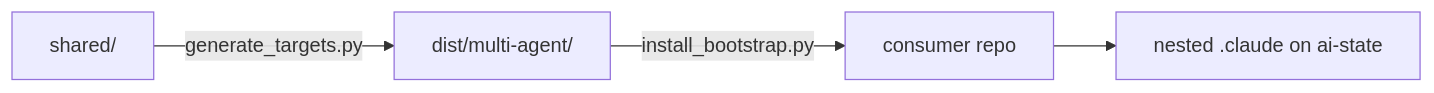
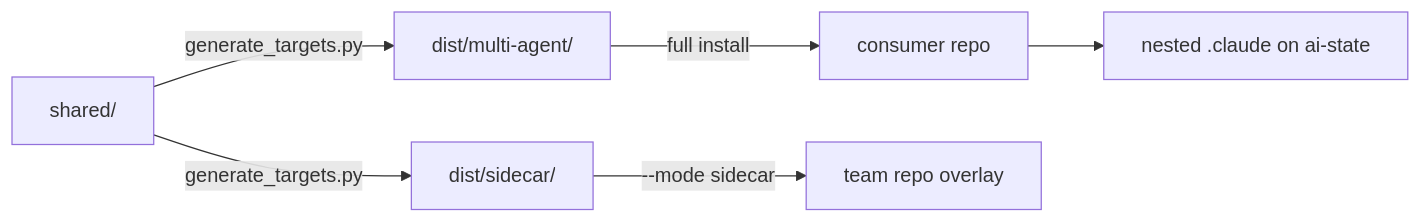
Before and after one commit to Ghisso/github_copilot_bootstrap: the diagram in openwiki/quickstart.md, drawn with Mermaid. The commit also changed other lines of this file and 15 other files, not shown here.

````diff
--- a/openwiki/quickstart.md
+++ b/openwiki/quickstart.md
@@ -29,6 +33,8 @@
 ```mermaid
 flowchart LR
     S[shared/] -->|generate_targets.py| D[dist/multi-agent/]
-    D -->|install_bootstrap.py| C[consumer repo]
+    S -->|generate_targets.py| SC[dist/sidecar/]
+    D -->|full install| C[consumer repo]
     C --> N[nested .claude on ai-state]
+    SC -->|--mode sidecar| T[team repo overlay]
 ```
````
